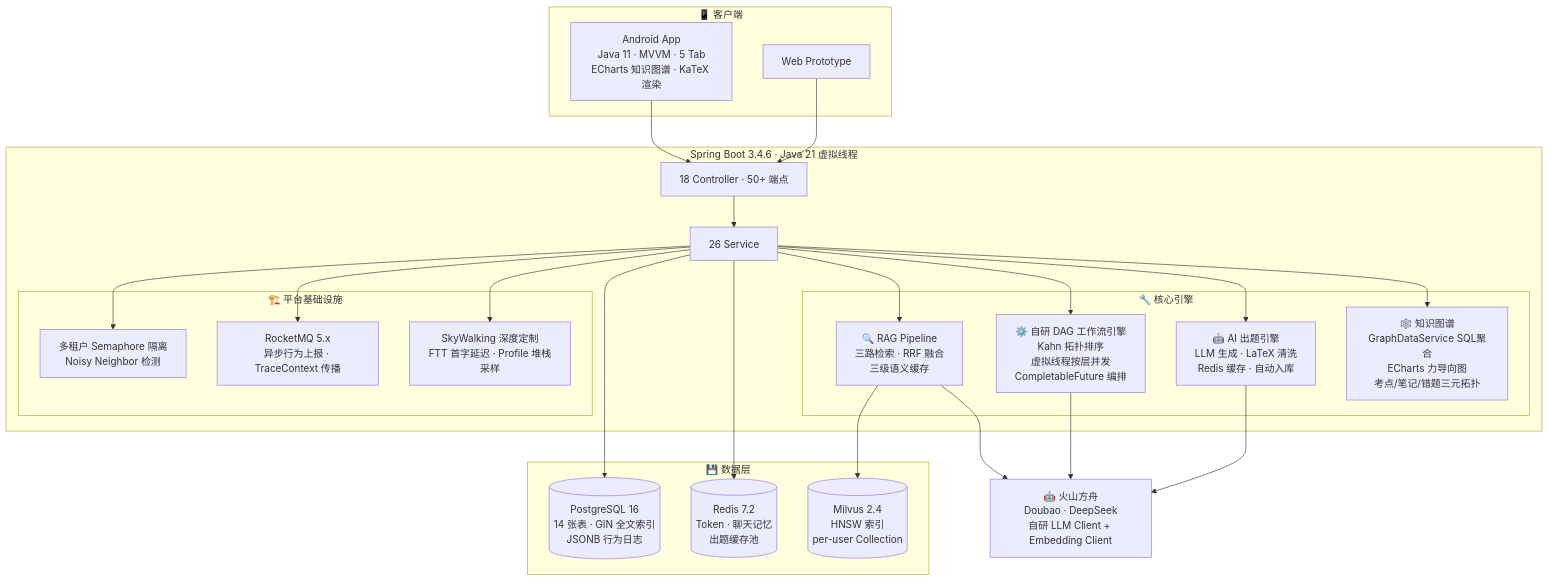
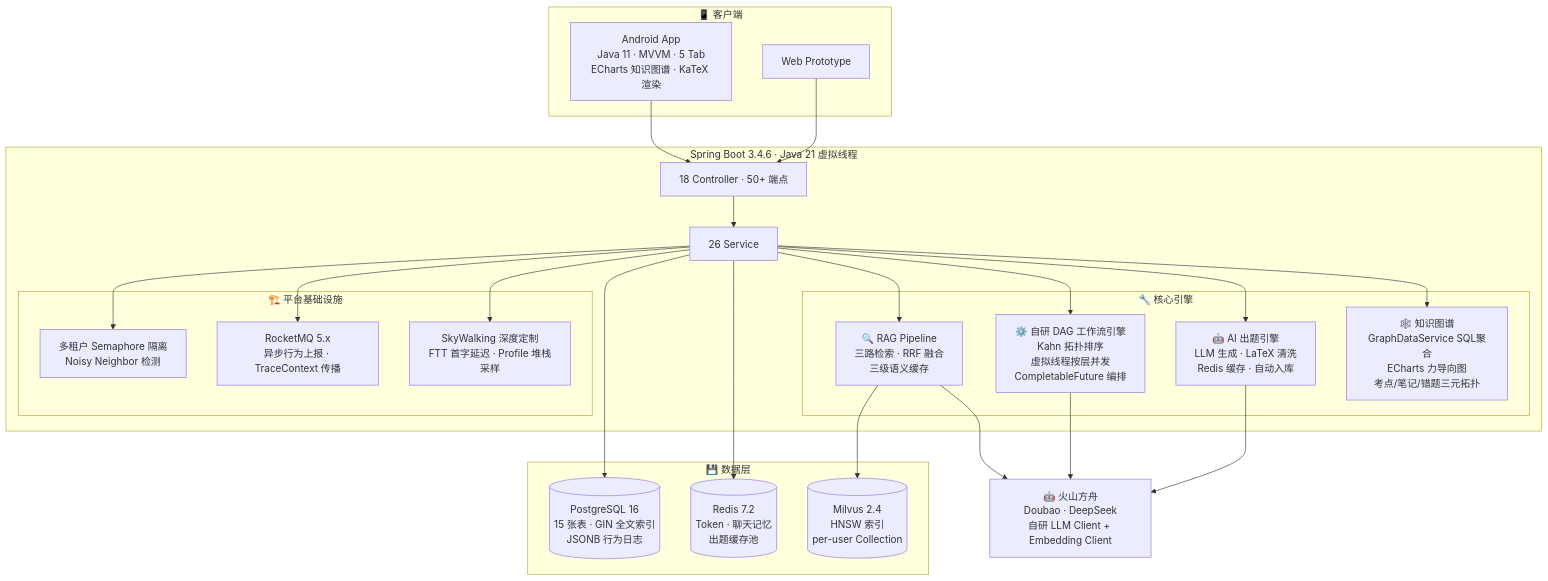
The first of 3 diagrams in README.md (3290744032/IRAgent), drawn with Mermaid before and after one commit. The commit also changed other lines of this file, not shown here.

Commit message:
docs: README修正—14张表→15,Milvus语义缓存→PG近似匹配

````diff
--- a/README.md
+++ b/README.md
@@ -44,50 +44,50 @@
 ```mermaid
 graph TB
     subgraph Client["📱 客户端"]
         Android["Android App<br/>Java 11 · MVVM · 5 Tab<br/>ECharts 知识图谱 · KaTeX 渲染"]
         Prototype["Web Prototype"]
     end
 
     subgraph Server["Spring Boot 3.4.6 · Java 21 虚拟线程"]
         Controller["18 Controller · 50+ 端点"]
         Service["26 Service"]
 
         subgraph Engine["🔧 核心引擎"]
             DAG["⚙️ 自研 DAG 工作流引擎<br/>Kahn 拓扑排序<br/>虚拟线程按层并发<br/>CompletableFuture 编排"]
             RAG["🔍 RAG Pipeline<br/>三路检索 · RRF 融合<br/>三级语义缓存"]
             AIQ["🤖 AI 出题引擎<br/>LLM 生成 · LaTeX 清洗<br/>Redis 缓存 · 自动入库"]
             Graph["🕸️ 知识图谱<br/>GraphDataService SQL聚合<br/>ECharts 力导向图<br/>考点/笔记/错题三元拓扑"]
         end
 
         subgraph Infra["🏗️ 平台基础设施"]
             Tenant["多租户 Semaphore 隔离<br/>Noisy Neighbor 检测"]
             MQ["RocketMQ 5.x<br/>异步行为上报 · TraceContext 传播"]
             APM["SkyWalking 深度定制<br/>FTT 首字延迟 · Profile 堆栈采样"]
         end
     end
 
     subgraph Data["💾 数据层"]
-        PG[("PostgreSQL 16<br/>14 张表 · GIN 全文索引<br/>JSONB 行为日志")]
+        PG[("PostgreSQL 16<br/>15 张表 · GIN 全文索引<br/>JSONB 行为日志")]
         Redis[("Redis 7.2<br/>Token · 聊天记忆<br/>出题缓存池")]
         Milvus[("Milvus 2.4<br/>HNSW 索引<br/>per-user Collection")]
     end
 
     AI["🤖 火山方舟<br/>Doubao · DeepSeek<br/>自研 LLM Client + Embedding Client"]
 
     Android --> Controller
     Prototype --> Controller
     Controller --> Service
     Service --> DAG
     Service --> RAG
     Service --> AIQ
     Service --> Graph
     Service --> Tenant
     Service --> MQ
     Service --> APM
     Service --> PG
     Service --> Redis
     RAG --> Milvus
     RAG --> AI
     DAG --> AI
     AIQ --> AI
 ```
````
